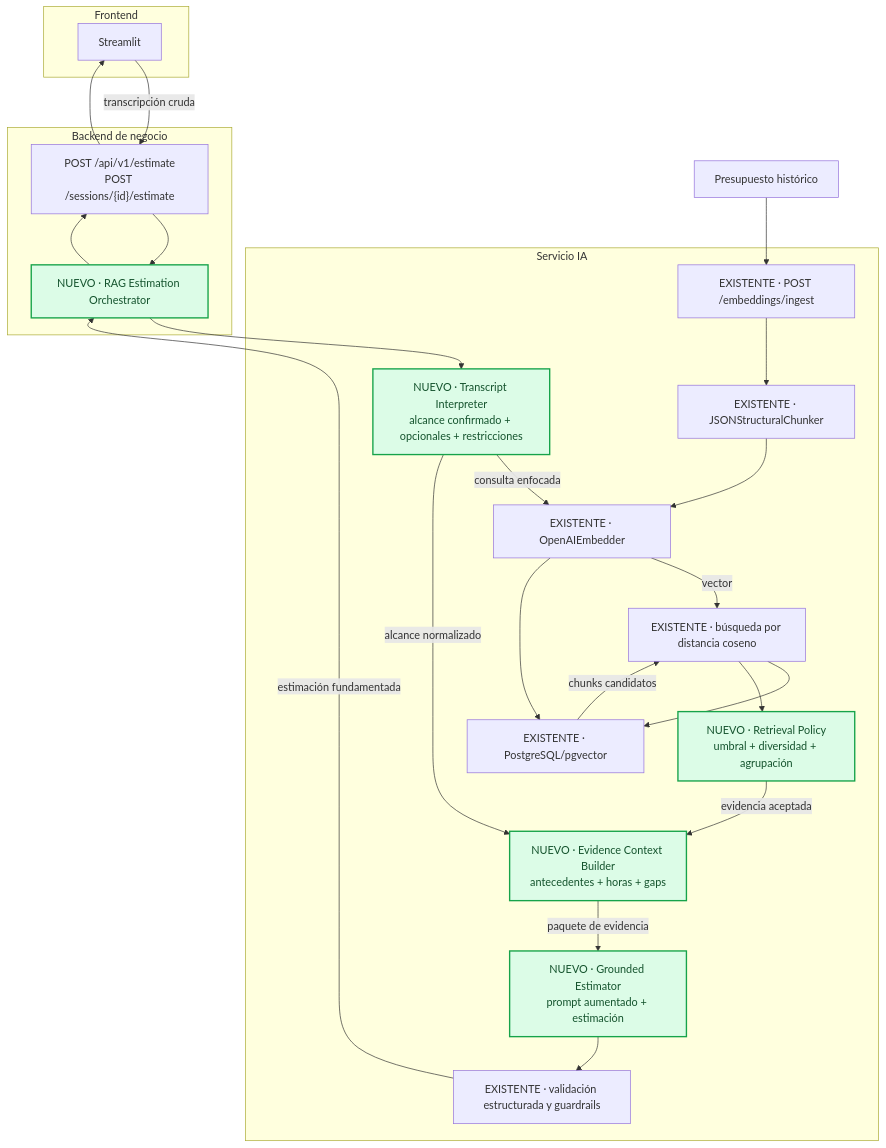
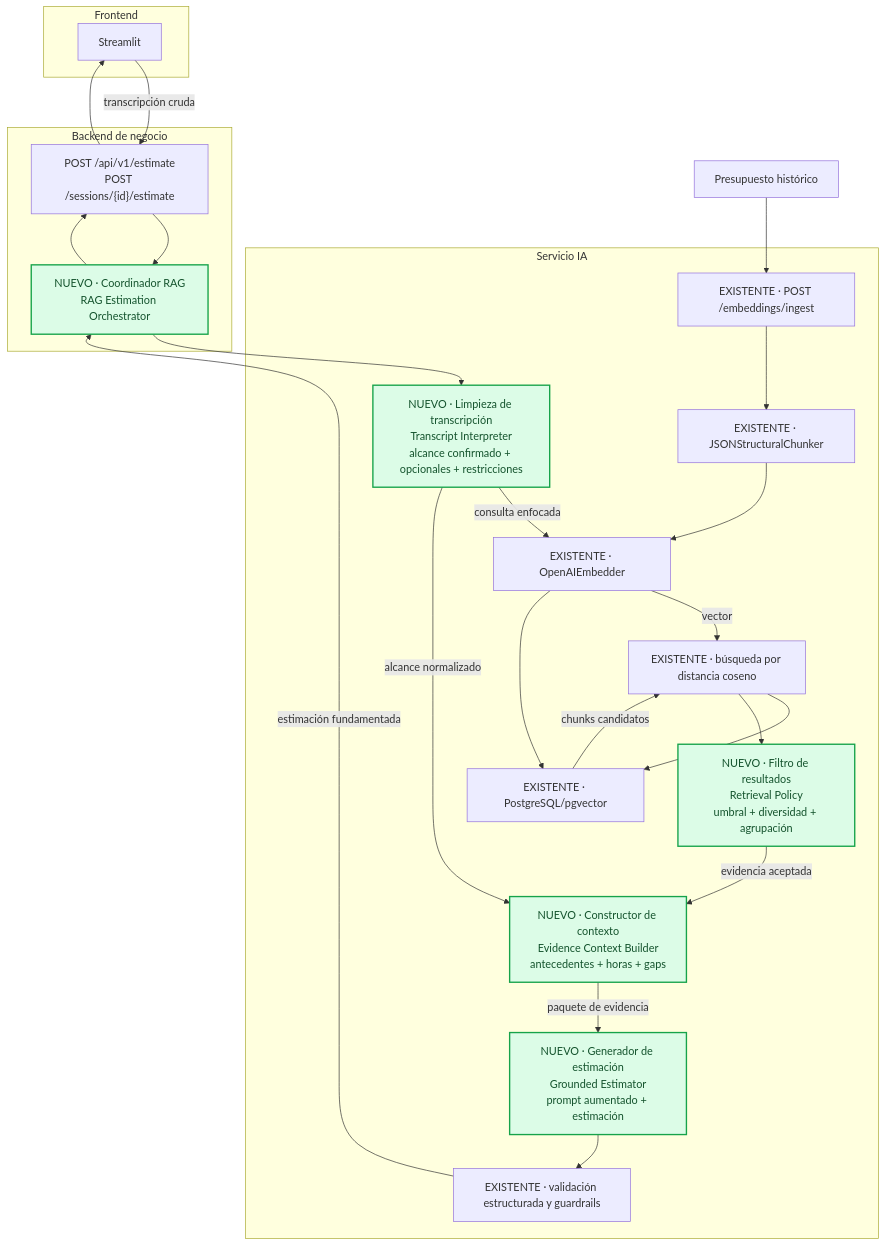
One commit to danielsoto-dev/ai-engineering-danielsoto changed the second of 2 diagrams in estimator/arquitectura-actual.md. Above: the diagram before and after it, drawn with Mermaid. The commit also changed other lines of this file, not shown here.

Commit message:
docs: make RAG diagnosis more natural

````diff
--- a/estimator/arquitectura-actual.md
+++ b/estimator/arquitectura-actual.md
@@ -282,49 +282,49 @@
 ```mermaid
 flowchart TB
     subgraph FE["Frontend"]
         UI["Streamlit"]
     end
 
     subgraph BE["Backend de negocio"]
         HTTP_EST["POST /api/v1/estimate<br/>POST /sessions/{id}/estimate"]
-        ORCH["NUEVO · RAG Estimation Orchestrator"]
+        ORCH["NUEVO · Coordinador RAG<br/>RAG Estimation Orchestrator"]
     end
 
     subgraph AI["Servicio IA"]
-        INTERPRETER["NUEVO · Transcript Interpreter<br/>alcance confirmado + opcionales + restricciones"]
+        INTERPRETER["NUEVO · Limpieza de transcripción<br/>Transcript Interpreter<br/>alcance confirmado + opcionales + restricciones"]
         EMBEDDER["EXISTENTE · OpenAIEmbedder"]
         STORAGE["EXISTENTE · PostgreSQL/pgvector"]
         RETRIEVAL["EXISTENTE · búsqueda por distancia coseno"]
-        POLICY["NUEVO · Retrieval Policy<br/>umbral + diversidad + agrupación"]
-        CONTEXT["NUEVO · Evidence Context Builder<br/>antecedentes + horas + gaps"]
-        GENERATOR["NUEVO · Grounded Estimator<br/>prompt aumentado + estimación"]
+        POLICY["NUEVO · Filtro de resultados<br/>Retrieval Policy<br/>umbral + diversidad + agrupación"]
+        CONTEXT["NUEVO · Constructor de contexto<br/>Evidence Context Builder<br/>antecedentes + horas + gaps"]
+        GENERATOR["NUEVO · Generador de estimación<br/>Grounded Estimator<br/>prompt aumentado + estimación"]
         VALIDATION["EXISTENTE · validación estructurada y guardrails"]
 
         INGEST_HTTP["EXISTENTE · POST /embeddings/ingest"]
         CHUNKER["EXISTENTE · JSONStructuralChunker"]
     end
 
     UI -->|"transcripción cruda"| HTTP_EST
     HTTP_EST --> ORCH
     ORCH --> INTERPRETER
     INTERPRETER -->|"consulta enfocada"| EMBEDDER
     EMBEDDER -->|"vector"| RETRIEVAL
     RETRIEVAL --> STORAGE
     STORAGE -->|"chunks candidatos"| RETRIEVAL
     RETRIEVAL --> POLICY
     POLICY -->|"evidencia aceptada"| CONTEXT
     INTERPRETER -->|"alcance normalizado"| CONTEXT
     CONTEXT -->|"paquete de evidencia"| GENERATOR
     GENERATOR --> VALIDATION
     VALIDATION -->|"estimación fundamentada"| ORCH
     ORCH --> HTTP_EST
     HTTP_EST --> UI
 
     BUDGET["Presupuesto histórico"] --> INGEST_HTTP
     INGEST_HTTP --> CHUNKER
     CHUNKER --> EMBEDDER
     EMBEDDER --> STORAGE
 
     classDef new fill:#dcfce7,stroke:#16a34a,stroke-width:2px,color:#14532d
     class ORCH,INTERPRETER,POLICY,CONTEXT,GENERATOR new
 ```
````
